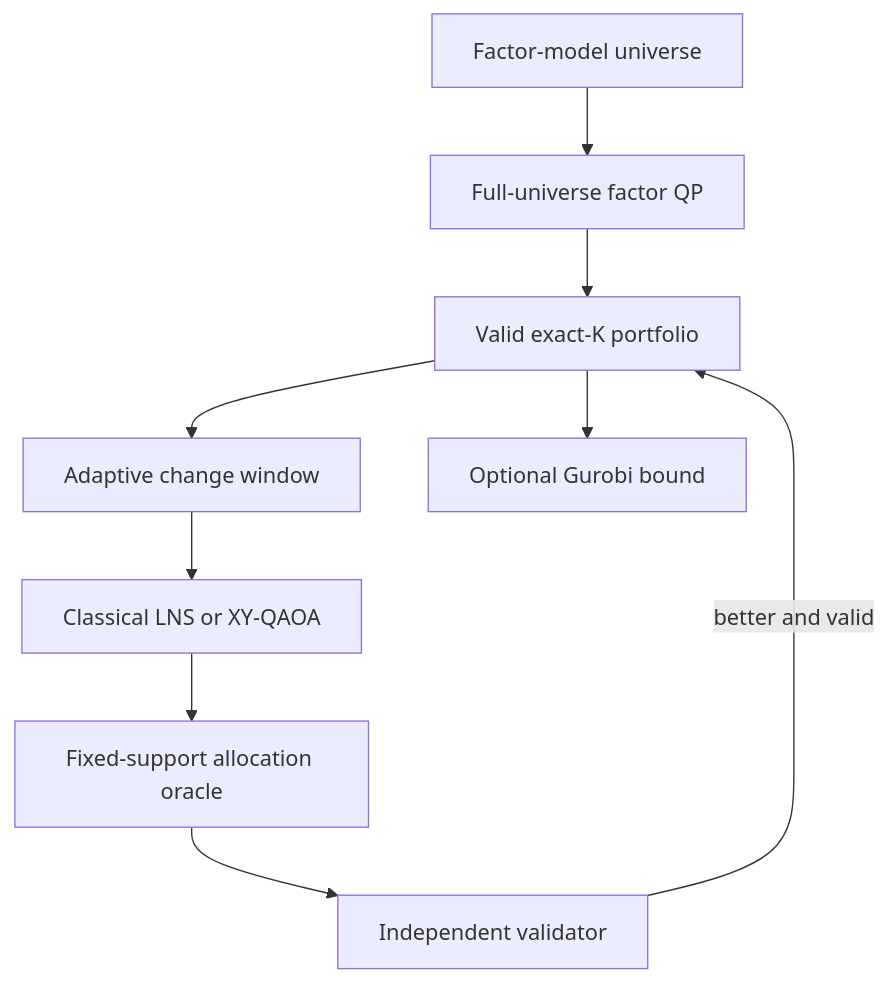
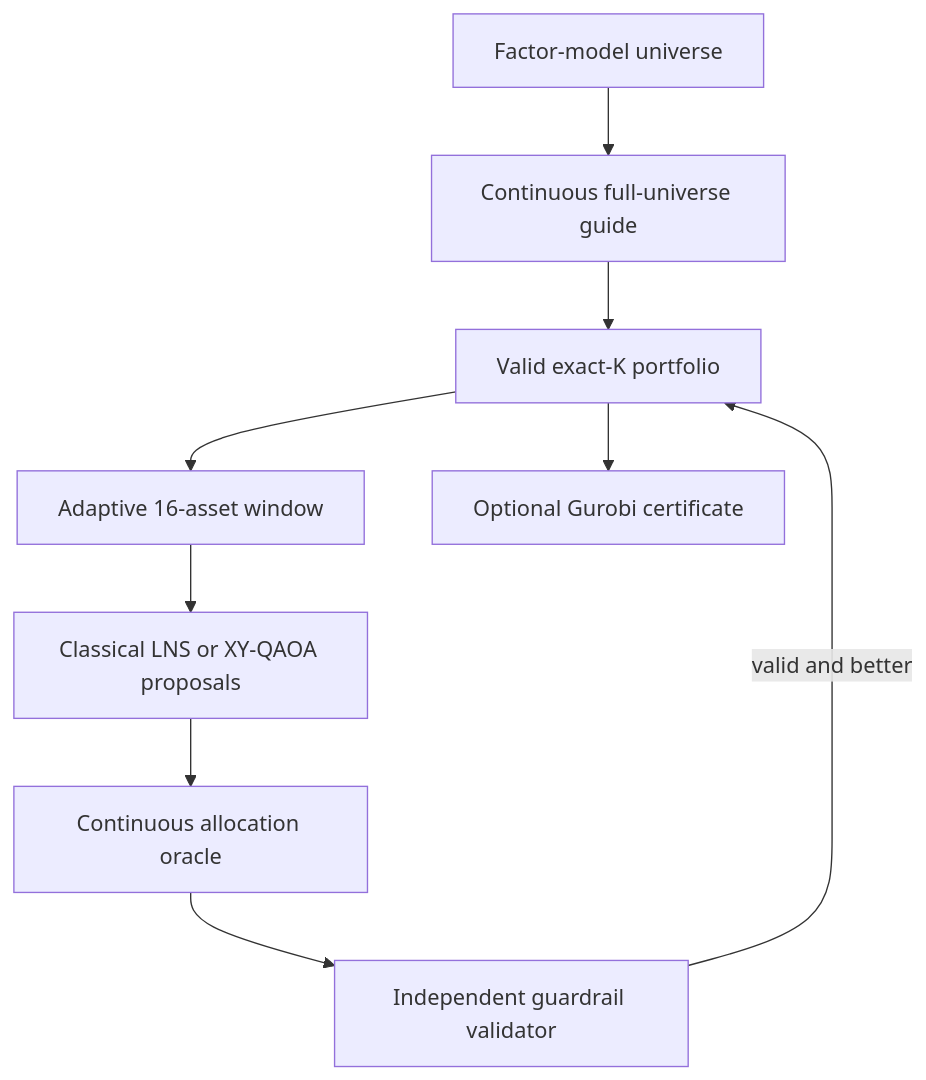
Before and after one commit to apomorovv/vanguard-multi-asset-portfolio: the diagram in README.md, drawn with Mermaid. The commit also changed other lines of this file and 53 other files, not shown here.

````diff
--- a/README.md
+++ b/README.md
@@ -17,11 +50,11 @@
 ```mermaid
 flowchart TD
-    A["Factor-model universe"] --> B["Full-universe factor QP"]
+    A["Factor-model universe"] --> B["Continuous full-universe guide"]
     B --> C["Valid exact-K portfolio"]
-    C --> D["Adaptive change window"]
-    D --> E["Classical LNS or XY-QAOA"]
-    E --> F["Fixed-support allocation oracle"]
-    F --> G["Independent validator"]
-    G -->|"better and valid"| C
-    C --> H["Optional Gurobi bound"]
+    C --> D["Adaptive 16-asset window"]
+    D --> E["Classical LNS or XY-QAOA proposals"]
+    E --> F["Continuous allocation oracle"]
+    F --> G["Independent guardrail validator"]
+    G -->|"valid and better"| C
+    C --> H["Optional Gurobi certificate"]
 ```
````
